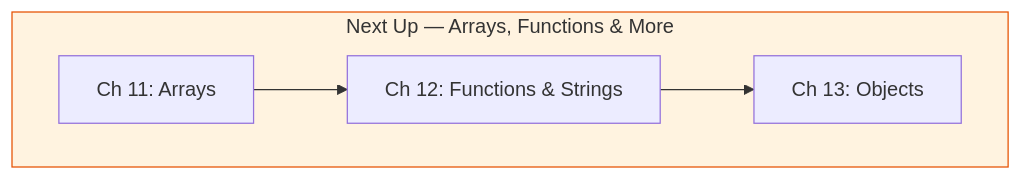
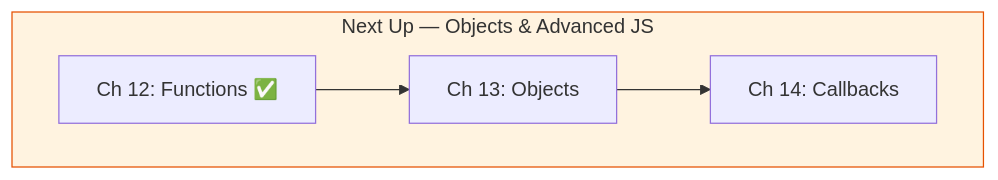
Diagram 30 of 32 in README.md (harsh-0541/LearnPlaywrightBatch2x), drawn with Mermaid before and after one commit. The commit also changed other lines of this file and 32 other files, not shown here.

````diff
--- a/README.md
+++ b/README.md
@@ -2314,9 +2181,9 @@
 ```mermaid
 graph TD
-    subgraph next["Next Up — Arrays, Functions & More"]
-        N1[Ch 11: Arrays] --> N2[Ch 12: Functions & Strings]
-        N2 --> N3[Ch 13: Objects]
+    subgraph next["Next Up — Objects & Advanced JS"]
+        N1[Ch 12: Functions ✅] --> N2[Ch 13: Objects]
+        N2 --> N3[Ch 14: Callbacks]
     end
 
     style next fill:#fff3e0,stroke:#e65100
 ```
````
